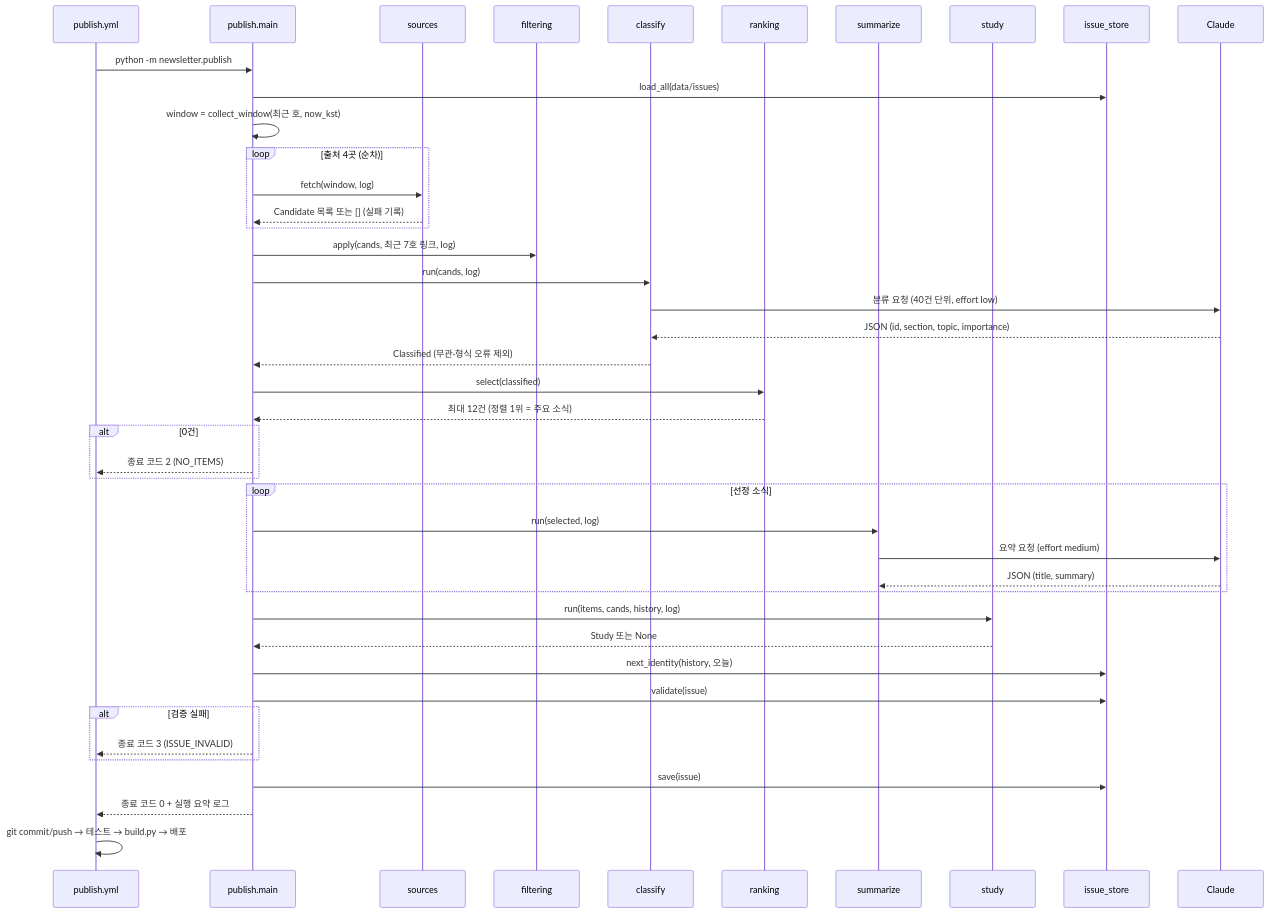
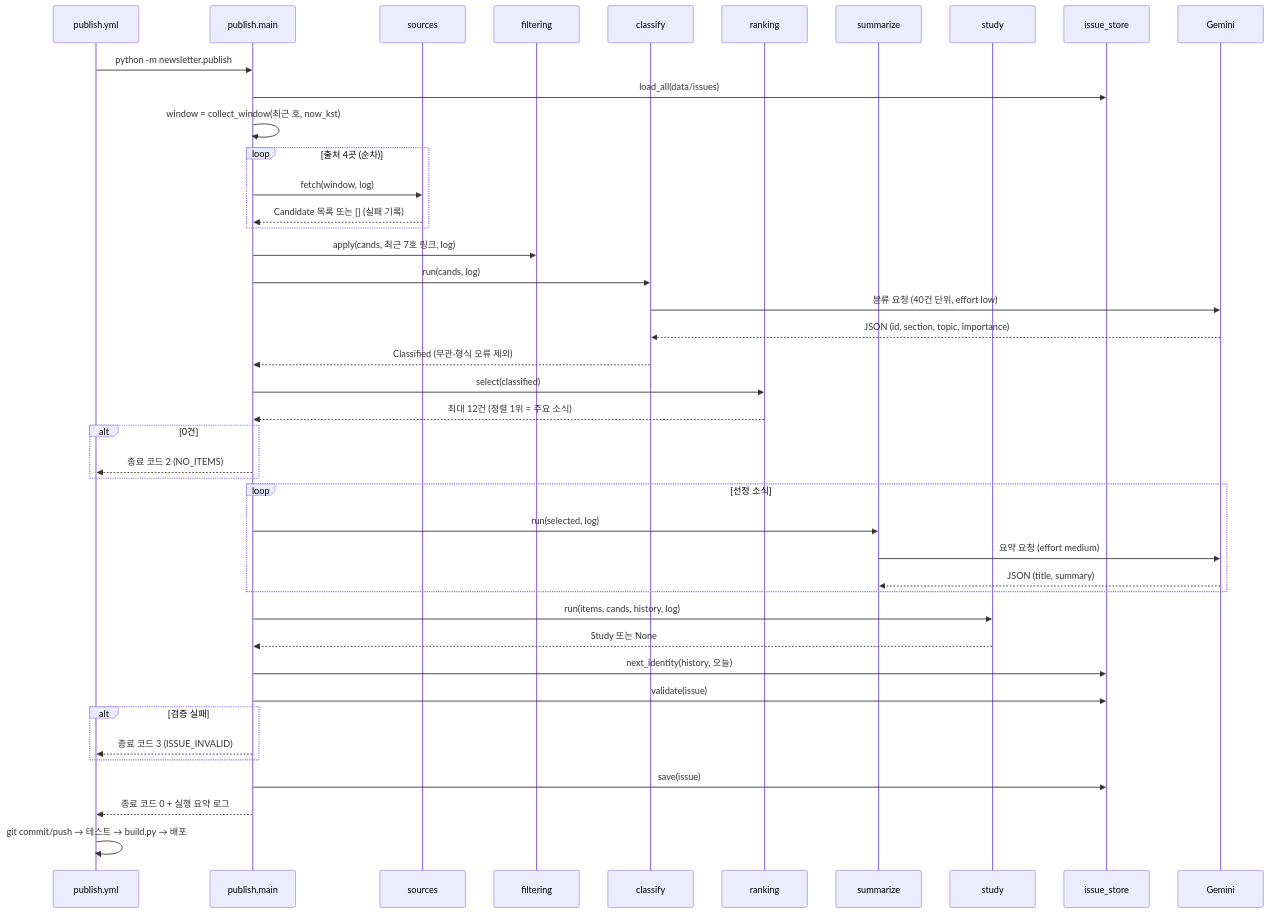
Before and after one commit to naneunimjee/2026-vibe-coding-adv: the third of 7 diagrams in waterfall/03-상세설계/상세설계서.md, drawn with Mermaid. The commit also changed other lines of this file and 7 other files, not shown here.

````diff
--- a/waterfall/03-상세설계/상세설계서.md
+++ b/waterfall/03-상세설계/상세설계서.md
@@ -205,46 +206,46 @@
 ```mermaid
 sequenceDiagram
     participant WF as publish.yml
     participant P as publish.main
     participant S as sources
     participant F as filtering
     participant C as classify
     participant R as ranking
     participant SU as summarize
     participant ST as study
     participant IS as issue_store
-    participant CL as Claude
+    participant CL as Gemini
 
     WF->>P: python -m newsletter.publish
     P->>IS: load_all(data/issues)
     P->>P: window = collect_window(최근 호, now_kst)
     loop 출처 4곳 (순차)
         P->>S: fetch(window, log)
         S-->>P: Candidate 목록 또는 [] (실패 기록)
     end
     P->>F: apply(cands, 최근 7호 링크, log)
     P->>C: run(cands, log)
     C->>CL: 분류 요청 (40건 단위, effort low)
     CL-->>C: JSON (id, section, topic, importance)
     C-->>P: Classified (무관·형식 오류 제외)
     P->>R: select(classified)
     R-->>P: 최대 12건 (정렬 1위 = 주요 소식)
     alt 0건
         P-->>WF: 종료 코드 2 (NO_ITEMS)
     end
     loop 선정 소식
         P->>SU: run(selected, log)
         SU->>CL: 요약 요청 (effort medium)
         CL-->>SU: JSON (title, summary)
     end
     P->>ST: run(items, cands, history, log)
     ST-->>P: Study 또는 None
     P->>IS: next_identity(history, 오늘)
     P->>IS: validate(issue)
     alt 검증 실패
         P-->>WF: 종료 코드 3 (ISSUE_INVALID)
     end
     P->>IS: save(issue)
     P-->>WF: 종료 코드 0 + 실행 요약 로그
     WF->>WF: git commit/push → 테스트 → build.py → 배포
 ```
````
